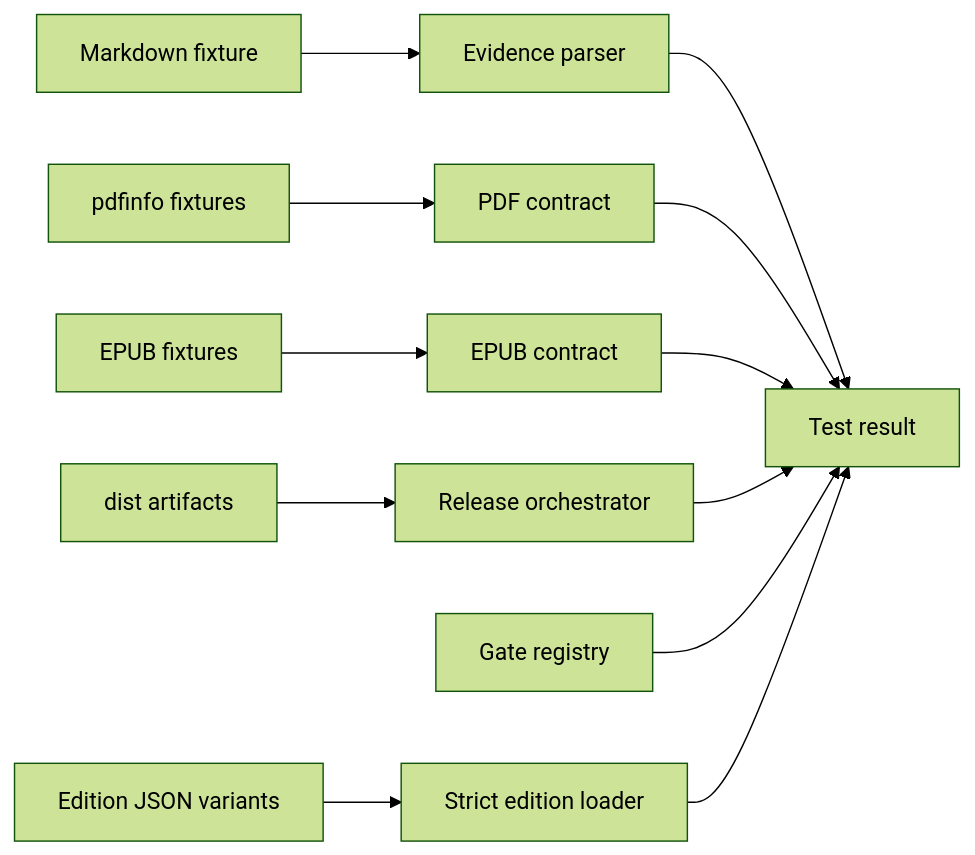
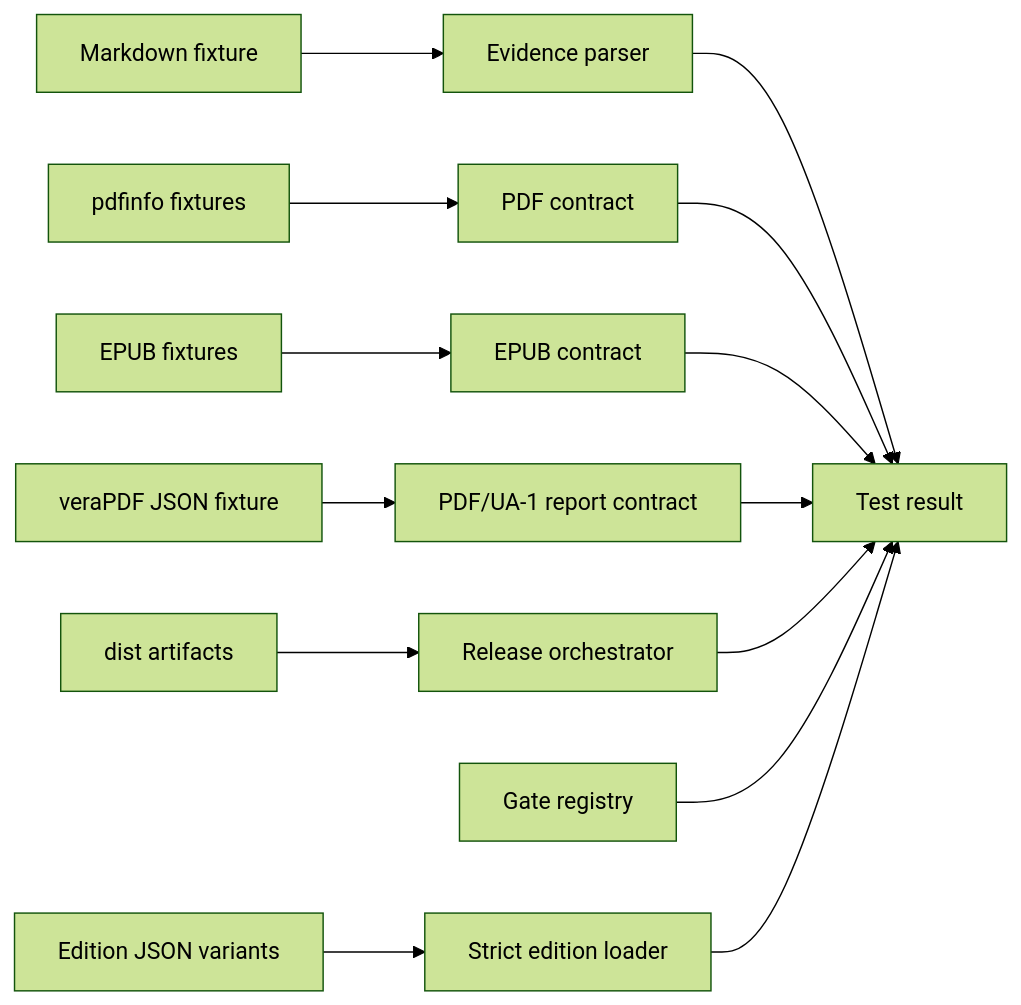
Before and after one commit to streamentry/streamentry: the fifth of 5 diagrams in tests/AGENTS.md, drawn with Mermaid (forest theme). The commit also changed other lines of this file and 12 other files, not shown here.

Commit message:
Validate PDF/UA with pinned veraPDF

````diff
--- a/tests/AGENTS.md
+++ b/tests/AGENTS.md
@@ -98,14 +99,16 @@
 ```mermaid
 flowchart LR
   C["Edition JSON variants"] --> L["Strict edition loader"]
   M["Markdown fixture"] --> E["Evidence parser"]
   P["pdfinfo fixtures"] --> D["PDF contract"]
   X["EPUB fixtures"] --> U["EPUB contract"]
+  J["veraPDF JSON fixture"] --> H["PDF/UA-1 report contract"]
   A["dist artifacts"] --> V["Release orchestrator"]
   E --> R["Test result"]
   D --> R
   U --> R
+  H --> R
   V --> R
   G["Gate registry"] --> R
   L --> R
 ```
````
